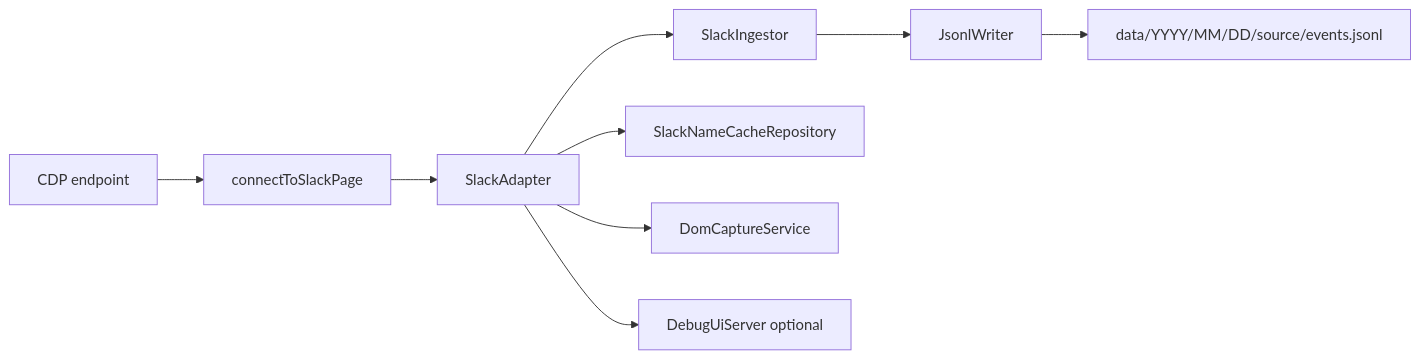
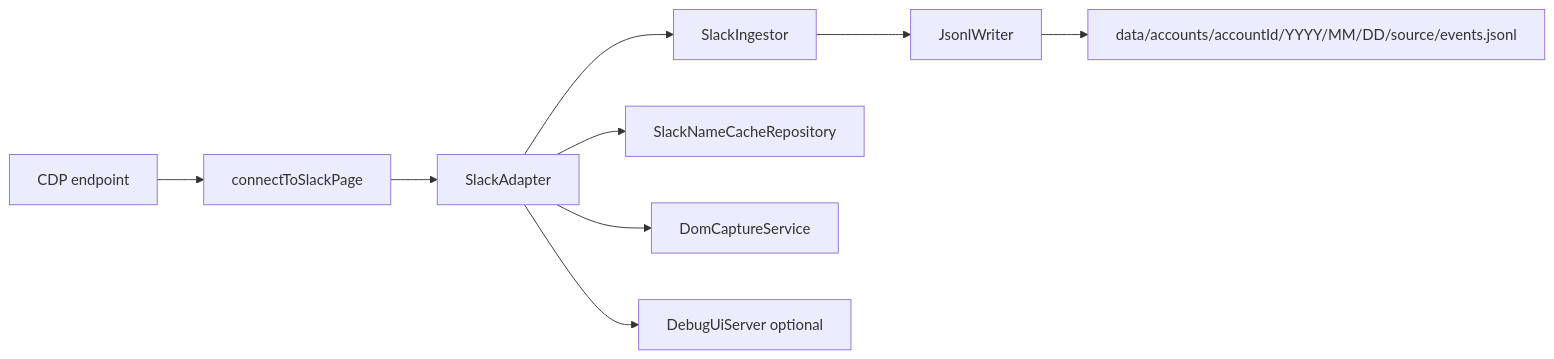
Before and after one commit to masahide/adjutant: the diagram in doc/spec.md, drawn with Mermaid. The commit also changed other lines of this file and 17 other files, not shown here.

````diff
--- a/doc/spec.md
+++ b/doc/spec.md
@@ -65,11 +65,11 @@
 ```mermaid
 flowchart LR
   A[CDP endpoint] --> B[connectToSlackPage]
   B --> C[SlackAdapter]
   C --> D[SlackIngestor]
   D --> E[JsonlWriter]
-  E --> F[data/YYYY/MM/DD/source/events.jsonl]
+  E --> F[data/accounts/accountId/YYYY/MM/DD/source/events.jsonl]
   C --> G[SlackNameCacheRepository]
   C --> H[DomCaptureService]
   C --> I[DebugUiServer optional]
 ```
````
